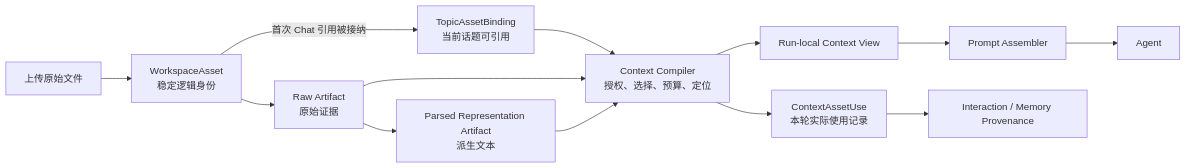
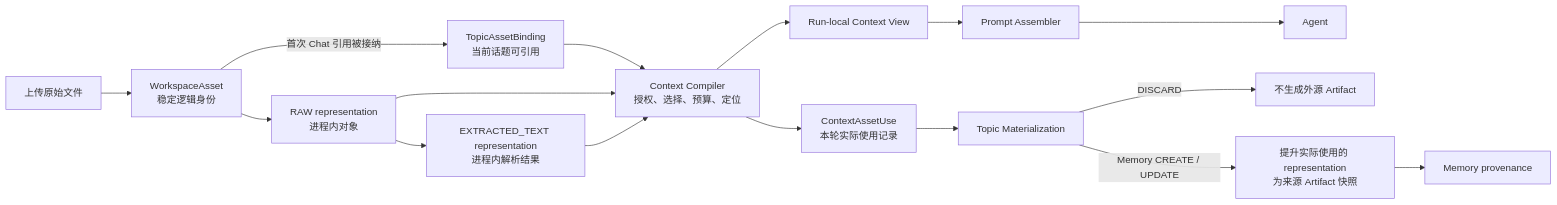
The diagram in docs/ideas/workspace-mvp-chat-attachments-design.md (artemis03976/HiveMemory), drawn with Mermaid before and after one commit. The commit also changed other lines of this file and 9 other files, not shown here.

````diff
--- a/docs/ideas/workspace-mvp-chat-attachments-design.md
+++ b/docs/ideas/workspace-mvp-chat-attachments-design.md
@@ -81,15 +95,18 @@
 ```mermaid
 flowchart LR
     U["上传原始文件"] --> A["WorkspaceAsset<br/>稳定逻辑身份"]
-    A --> R["Raw Artifact<br/>原始证据"]
-    R --> P["Parsed Representation Artifact<br/>派生文本"]
+    A --> R["RAW representation<br/>进程内对象"]
+    R --> P["EXTRACTED_TEXT representation<br/>进程内解析结果"]
     A -->|"首次 Chat 引用被接纳"| B["TopicAssetBinding<br/>当前话题可引用"]
     B --> C["Context Compiler<br/>授权、选择、预算、定位"]
     R --> C
     P --> C
     C --> V["Run-local Context View"]
     V --> PA["Prompt Assembler"]
     PA --> AG["Agent"]
     C --> X["ContextAssetUse<br/>本轮实际使用记录"]
-    X --> I["Interaction / Memory Provenance"]
+    X --> M["Topic Materialization"]
+    M -->|"DISCARD"| D["不生成外源 Artifact"]
+    M -->|"Memory CREATE / UPDATE"| E["提升实际使用的 representation<br/>为来源 Artifact 快照"]
+    E --> I["Memory provenance"]
 ```
````
